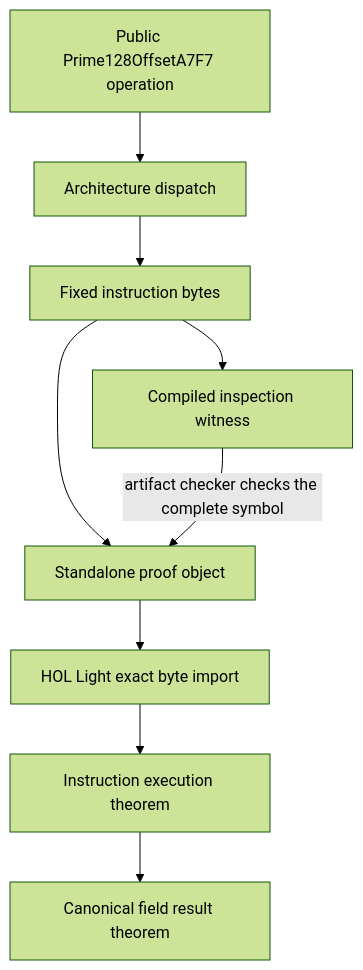
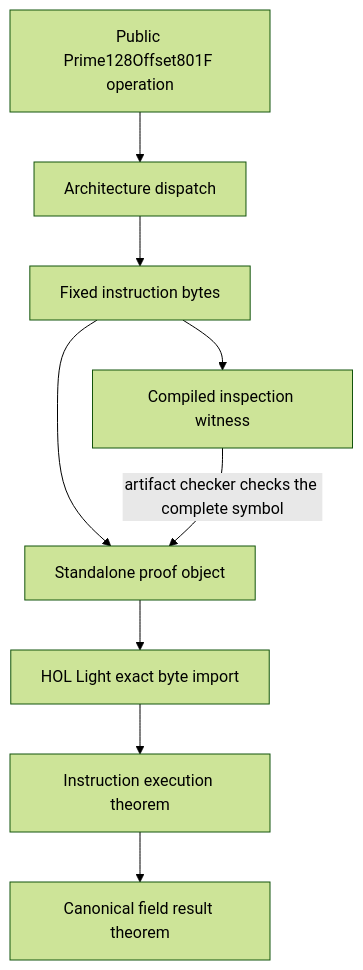
Before and after one commit to a16z/jolt: the diagram in book/src/how/formal-verification/field-kernels.md, drawn with Mermaid (forest theme). The commit also changed other lines of this file and 95 other files, not shown here.

First line of the commit message:
feat(algebra)!: make Prime128Offset801F the production field

````diff
--- a/book/src/how/formal-verification/field-kernels.md
+++ b/book/src/how/formal-verification/field-kernels.md
@@ -44,20 +43,20 @@
 ```mermaid
 flowchart TD
-    Public[Public Prime128OffsetA7F7 operation]
+    Public[Public Prime128Offset801F operation]
     Dispatch[Architecture dispatch]
     Body[Fixed instruction bytes]
     Witness[Compiled inspection witness]
     Object[Standalone proof object]
     Import[HOL Light exact byte import]
     Execute[Instruction execution theorem]
     Result[Canonical field result theorem]
 
     Public --> Dispatch
     Dispatch --> Body
     Body --> Witness
     Body --> Object
     Witness -->|artifact checker checks the complete symbol| Object
     Object --> Import
     Import --> Execute
     Execute --> Result
 ```
````
